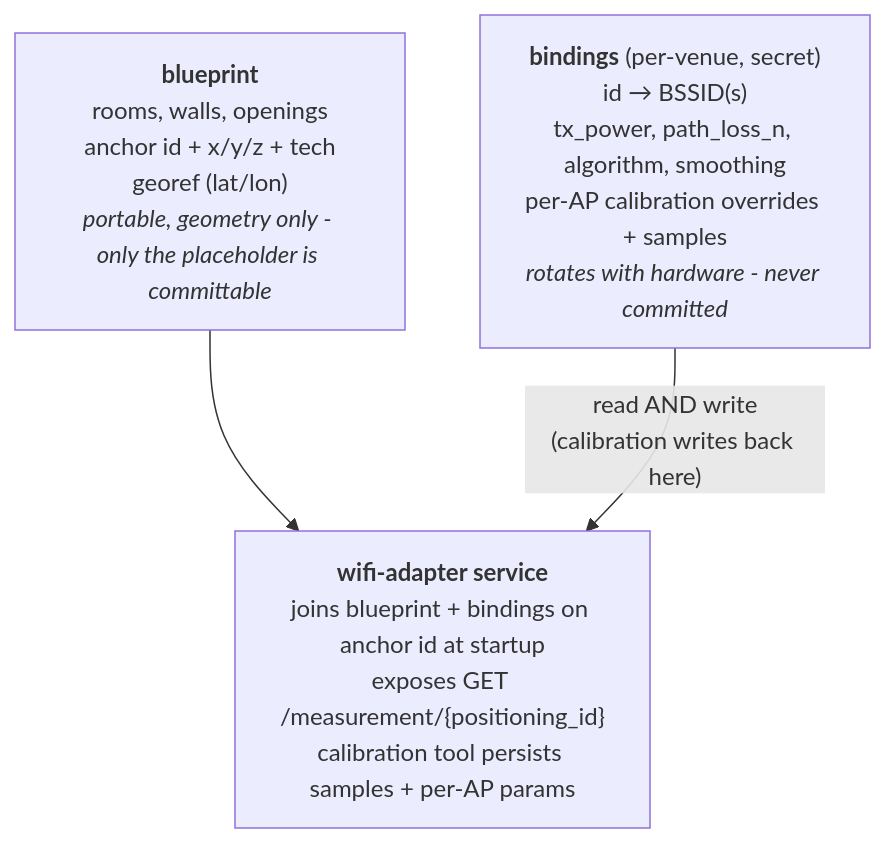
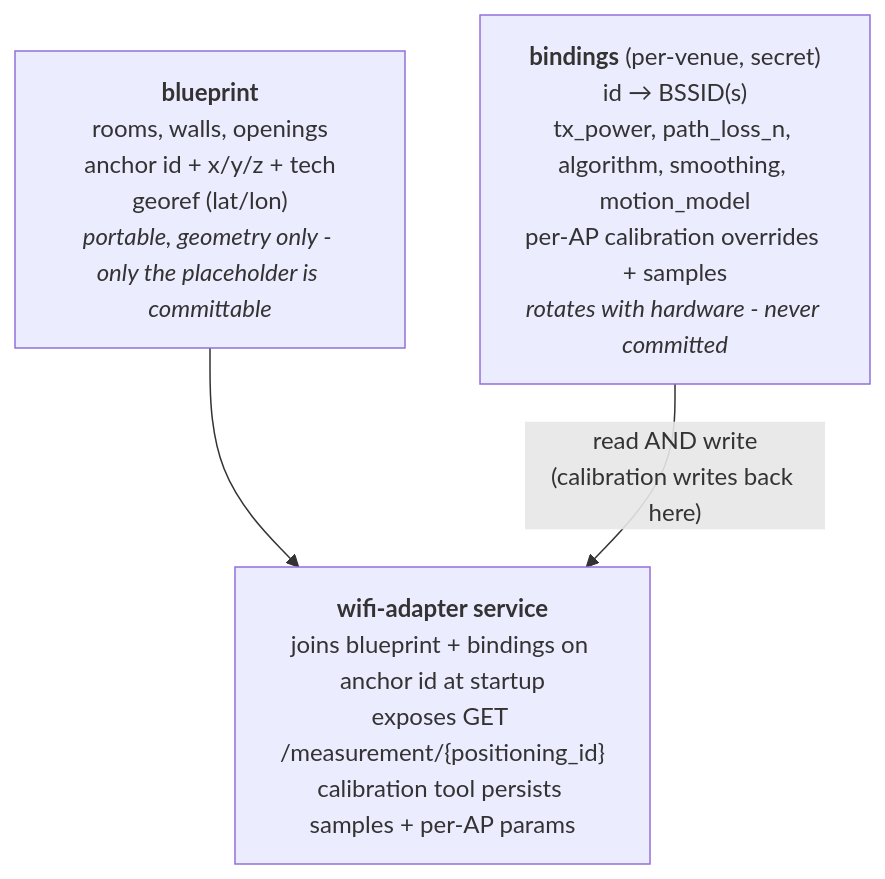
One commit to Jacobbista/5g-northbound changed the first of 3 diagrams in docs/blueprint-vs-bindings.md. Above: the diagram before and after it, drawn with Mermaid. The commit also changed other lines of this file and 11 other files, not shown here.

First line of the commit message:
feat(wifi-adapter): choose the motion model, and publish the set the image implements

````diff
--- a/docs/blueprint-vs-bindings.md
+++ b/docs/blueprint-vs-bindings.md
@@ -9,8 +9,8 @@
 ```mermaid
 flowchart TD
     BP["<b>blueprint</b><br/>rooms, walls, openings<br/>anchor id + x/y/z + tech<br/>georef (lat/lon)<br/><i>portable, geometry only - only the placeholder is committable</i>"]
-    BN["<b>bindings</b> (per-venue, secret)<br/>id → BSSID(s)<br/>tx_power, path_loss_n, algorithm, smoothing<br/>per-AP calibration overrides + samples<br/><i>rotates with hardware - never committed</i>"]
+    BN["<b>bindings</b> (per-venue, secret)<br/>id → BSSID(s)<br/>tx_power, path_loss_n, algorithm, smoothing, motion_model<br/>per-AP calibration overrides + samples<br/><i>rotates with hardware - never committed</i>"]
     WIFI["<b>wifi-adapter service</b><br/>joins blueprint + bindings on anchor id at startup<br/>exposes GET /measurement/{positioning_id}<br/>calibration tool persists samples + per-AP params"]
     BP --> WIFI
     BN -->|"read AND write<br/>(calibration writes back here)"| WIFI
 ```
````
